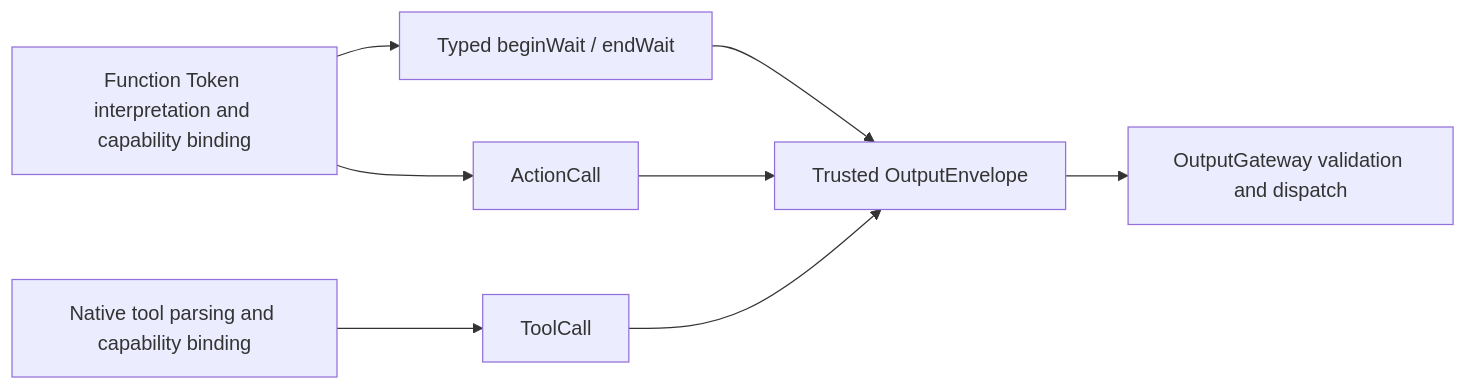
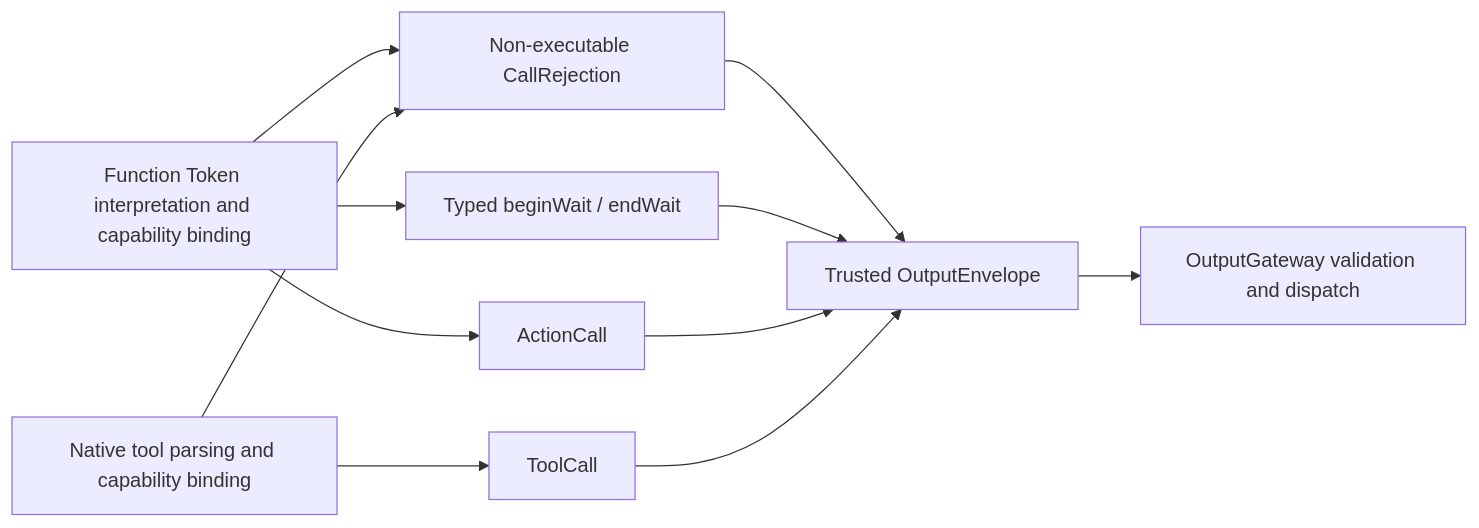
The diagram in MobileHarness/Agents/Core/Output/README.md (devilyouwei/MobileHarness), drawn with Mermaid before and after one commit. The commit also changed other lines of this file and 38 other files, not shown here.

````diff
--- a/MobileHarness/Agents/Core/Output/README.md
+++ b/MobileHarness/Agents/Core/Output/README.md
@@ -14,10 +14,13 @@
 ```mermaid
 flowchart LR
     Parser[Function Token interpretation and capability binding] --> ActionCall
     Native[Native tool parsing and capability binding] --> ToolCall
+    Parser --> Rejection[Non-executable CallRejection]
+    Native --> Rejection
+    Rejection --> Envelope
     Parser --> Scheduling[Typed beginWait / endWait]
     Scheduling --> Envelope[Trusted OutputEnvelope]
     ActionCall --> Envelope
     ToolCall --> Envelope
     Envelope --> Gateway[OutputGateway validation and dispatch]
 ```
````
